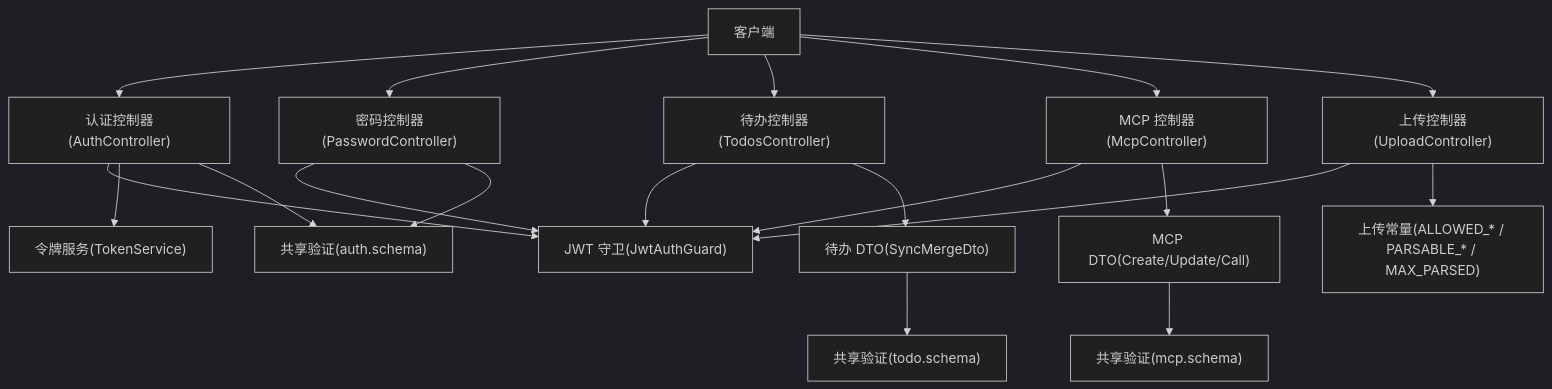
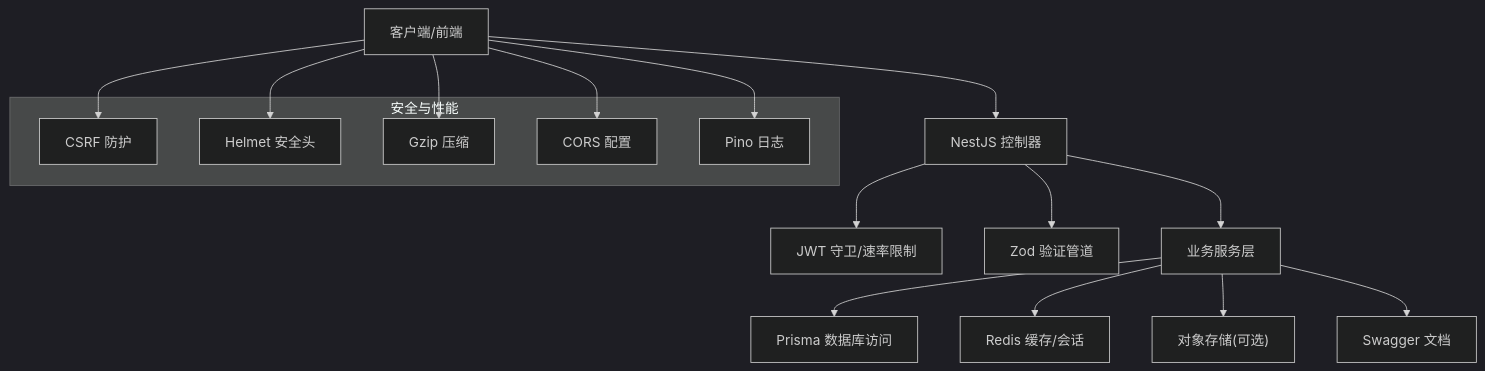
Before and after one commit to xixixiaoyu/Todo: the second of 7 diagrams in .qoder/repowiki/zh/content/API 接口文档/RESTful API.md, drawn with Mermaid (dark theme). The commit also changed other lines of this file and 77 other files, not shown here.

````diff
--- a/.qoder/repowiki/zh/content/API 接口文档/RESTful API.md
+++ b/.qoder/repowiki/zh/content/API 接口文档/RESTful API.md
@@ -101,35 +107,23 @@
 ```mermaid
 graph TB
-CLIENT["客户端"]
-AUTH_C["认证控制器(AuthController)"]
-PASS_C["密码控制器(PasswordController)"]
-TOKEN_S["令牌服务(TokenService)"]
-JWT_G["JWT 守卫(JwtAuthGuard)"]
-TODO_C["待办控制器(TodosController)"]
-TODO_DTO["待办 DTO(SyncMergeDto)"]
-MCP_C["MCP 控制器(McpController)"]
-MCP_DTO["MCP DTO(Create/Update/Call)"]
-UPLOAD_C["上传控制器(UploadController)"]
-UPLOAD_CONST["上传常量(ALLOWED_* / PARSABLE_* / MAX_PARSED)"]
-SHARED_AUTH["共享验证(auth.schema)"]
-SHARED_TODO["共享验证(todo.schema)"]
-SHARED_MCP["共享验证(mcp.schema)"]
-CLIENT --> AUTH_C
-CLIENT --> PASS_C
-CLIENT --> TODO_C
-CLIENT --> MCP_C
-CLIENT --> UPLOAD_C
-AUTH_C --> JWT_G
-PASS_C --> JWT_G
-TODO_C --> JWT_G
-MCP_C --> JWT_G
-UPLOAD_C --> JWT_G
-AUTH_C --> TOKEN_S
-TODO_C --> TODO_DTO
-MCP_C --> MCP_DTO
-UPLOAD_C --> UPLOAD_CONST
-TODO_DTO --> SHARED_TODO
-MCP_DTO --> SHARED_MCP
-AUTH_C --> SHARED_AUTH
-PASS_C --> SHARED_AUTH
+CLIENT["客户端/前端"] --> ROUTER["NestJS 控制器"]
+ROUTER --> GUARDS["JWT 守卫/速率限制"]
+ROUTER --> VALIDATION["Zod 验证管道"]
+ROUTER --> SERVICE["业务服务层"]
+SERVICE --> PRISMA["Prisma 数据库访问"]
+SERVICE --> REDIS["Redis 缓存/会话"]
+SERVICE --> S3["对象存储(可选)"]
+SERVICE --> SWAGGER["Swagger 文档"]
+subgraph "安全与性能"
+CSRF["CSRF 防护"]
+HELMET["Helmet 安全头"]
+COMPRESS["Gzip 压缩"]
+CORS["CORS 配置"]
+LOGGING["Pino 日志"]
+end
+CLIENT --> CSRF
+CLIENT --> HELMET
+CLIENT --> COMPRESS
+CLIENT --> CORS
+CLIENT --> LOGGING
 ```
````
